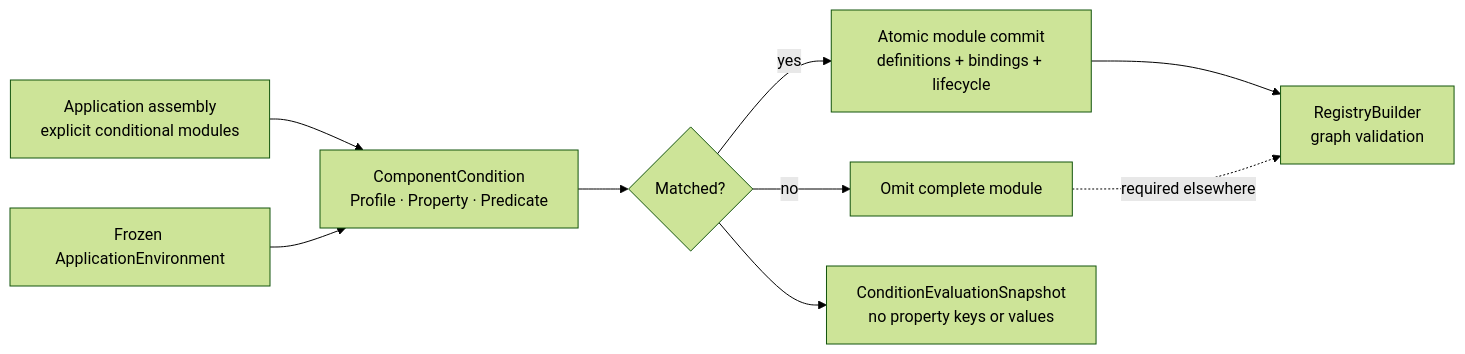
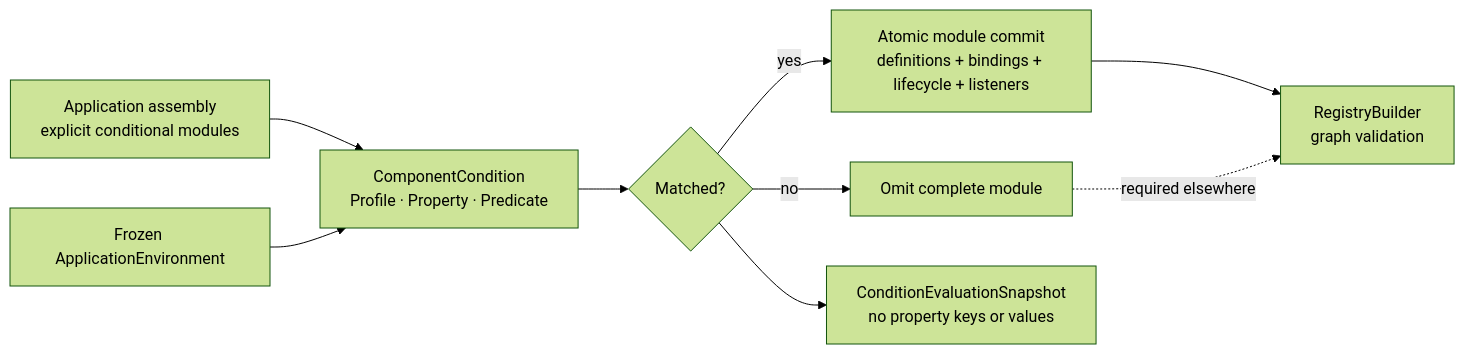
Diagram 14 of 24 in docs/Vernal-Architecture.md (easy-4-rust/vernal), drawn with Mermaid (forest theme) before and after one commit. The commit also changed other lines of this file and 27 other files, not shown here.

````diff
--- a/docs/Vernal-Architecture.md
+++ b/docs/Vernal-Architecture.md
@@ -1038,19 +1038,19 @@
 ```mermaid
 flowchart LR
     Assembly["Application assembly<br/>explicit conditional modules"]
     Environment["Frozen ApplicationEnvironment"]
     Condition["ComponentCondition<br/>Profile · Property · Predicate"]
     Decision{"Matched?"}
-    Commit["Atomic module commit<br/>definitions + bindings + lifecycle"]
+    Commit["Atomic module commit<br/>definitions + bindings + lifecycle + listeners"]
     Omit["Omit complete module"]
     Graph["RegistryBuilder<br/>graph validation"]
     Snapshot["ConditionEvaluationSnapshot<br/>no property keys or values"]
 
     Assembly --> Condition
     Environment --> Condition
     Condition --> Decision
     Decision -->|"yes"| Commit --> Graph
     Decision -->|"no"| Omit
     Decision --> Snapshot
     Omit -.->|"required elsewhere"| Graph
 ```
````
